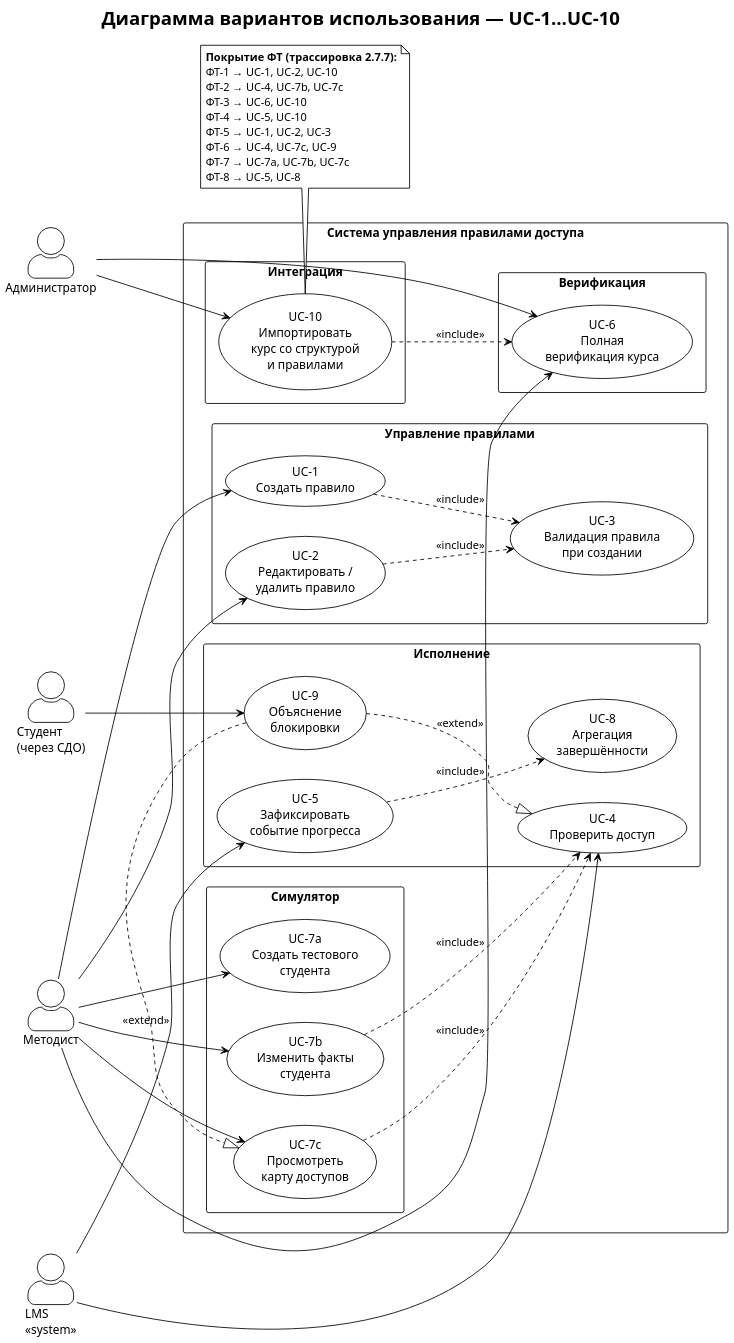
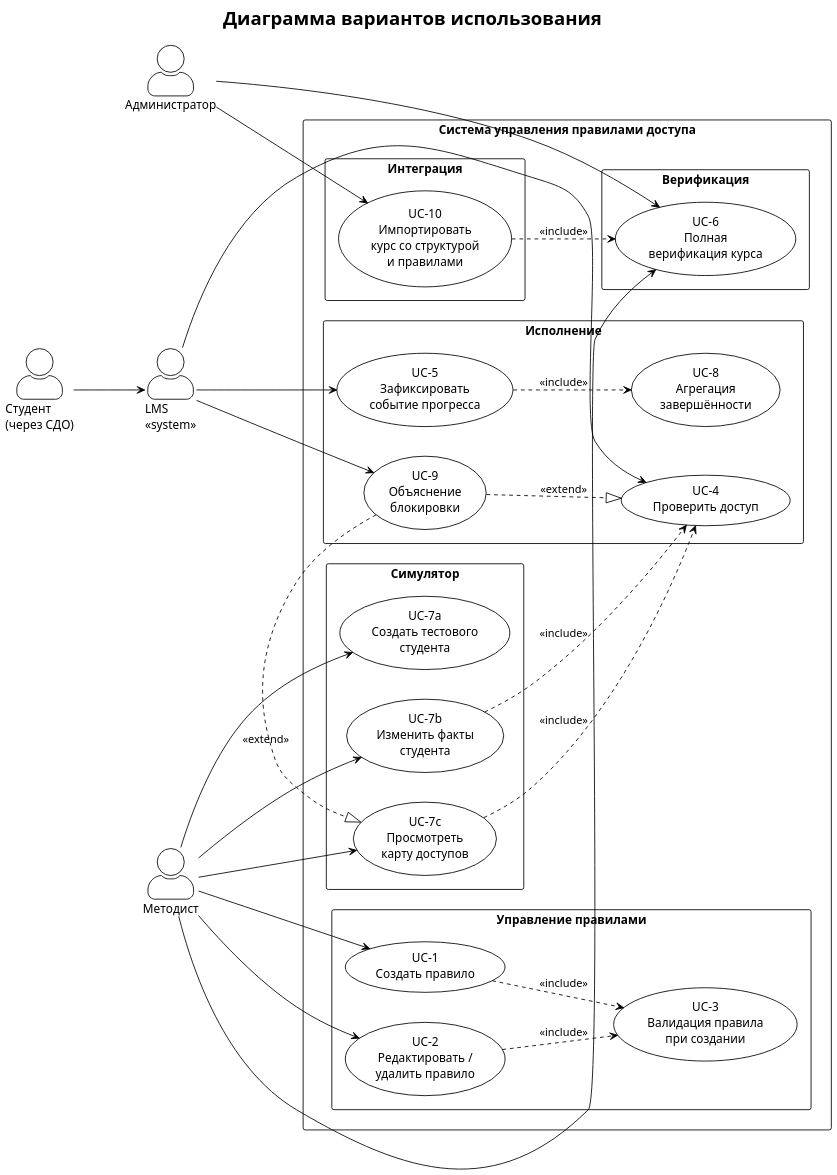
The diagram in diagrams/uml/use-cases.puml (Readiee/vkr-access-control), drawn with PlantUML before and after one commit. The commit also changed 83 other files, not shown here.

```diff
--- a/diagrams/uml/use-cases.puml
+++ b/diagrams/uml/use-cases.puml
@@ -1,89 +1,78 @@
 @startuml use-cases
 !theme plain
 skinparam defaultFontName "Segoe UI"
 skinparam dpi 150
 skinparam actorStyle awesome
 skinparam usecaseBackgroundColor White
 skinparam usecaseBorderColor Black
 skinparam packageStyle rectangle
 left to right direction
 
-title Диаграмма вариантов использования — UC-1…UC-10
+title Диаграмма вариантов использования
 
 actor "Методист" as M
 actor "Администратор" as A
 actor "Студент\n(через СДО)" as S
 actor "LMS\n<<system>>" as LMS
 
 rectangle "Система управления правилами доступа" {
 
     package "Управление правилами" {
         usecase "UC-1\nСоздать правило" as UC1
         usecase "UC-2\nРедактировать /\nудалить правило" as UC2
         usecase "UC-3\nВалидация правила\nпри создании" as UC3
     }
 
     package "Исполнение" {
         usecase "UC-4\nПроверить доступ" as UC4
         usecase "UC-5\nЗафиксировать\nсобытие прогресса" as UC5
         usecase "UC-8\nАгрегация\nзавершённости" as UC8
         usecase "UC-9\nОбъяснение\nблокировки" as UC9
     }
 
     package "Верификация" {
         usecase "UC-6\nПолная\nверификация курса" as UC6
     }
 
     package "Симулятор" {
         usecase "UC-7a\nСоздать тестового\nстудента" as UC7a
         usecase "UC-7b\nИзменить факты\nстудента" as UC7b
         usecase "UC-7c\nПросмотреть\nкарту доступов" as UC7c
     }
 
     package "Интеграция" {
         usecase "UC-10\nИмпортировать\nкурс со структурой\nи правилами" as UC10
     }
 }
 
 ' Методист
 M --> UC1
 M --> UC2
 M --> UC6
 M --> UC7a
 M --> UC7b
 M --> UC7c
 
 ' Администратор
 A --> UC10
 A --> UC6
 
 ' LMS
 LMS --> UC4
 LMS --> UC5
 
 ' Студент — только объяснение блокировки
-S --> UC9
+S --> LMS
+LMS --> UC9
 
 ' Include / Extend
 UC1  ..> UC3  : <<include>>
 UC2  ..> UC3  : <<include>>
 UC5  ..> UC8  : <<include>>
 UC7b ..> UC4  : <<include>>
 UC7c ..> UC4  : <<include>>
 UC10 ..> UC6  : <<include>>
 UC9  ..|> UC4 : <<extend>>
 UC9  ..|> UC7c : <<extend>>
 
-note bottom
-  **Покрытие ФТ (трассировка 2.7.7):**
-  ФТ-1 → UC-1, UC-2, UC-10
-  ФТ-2 → UC-4, UC-7b, UC-7c
-  ФТ-3 → UC-6, UC-10
-  ФТ-4 → UC-5, UC-10
-  ФТ-5 → UC-1, UC-2, UC-3
-  ФТ-6 → UC-4, UC-7c, UC-9
-  ФТ-7 → UC-7a, UC-7b, UC-7c
-  ФТ-8 → UC-5, UC-8
-end note
-
 @enduml
```
